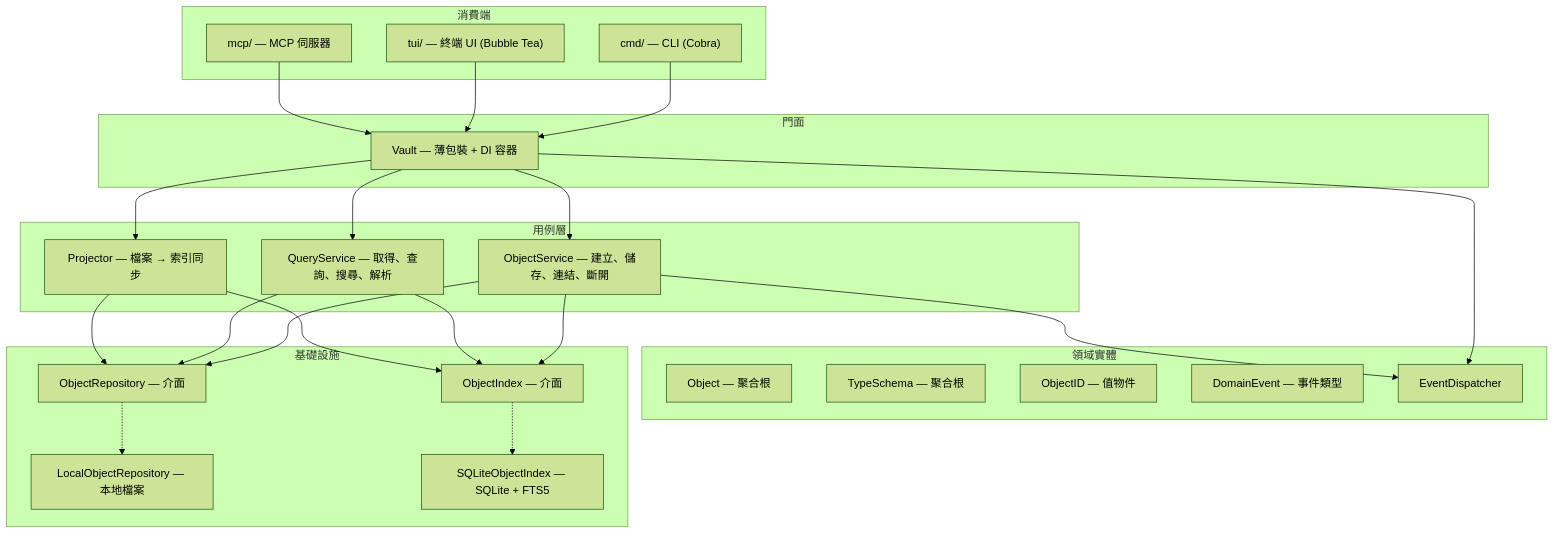
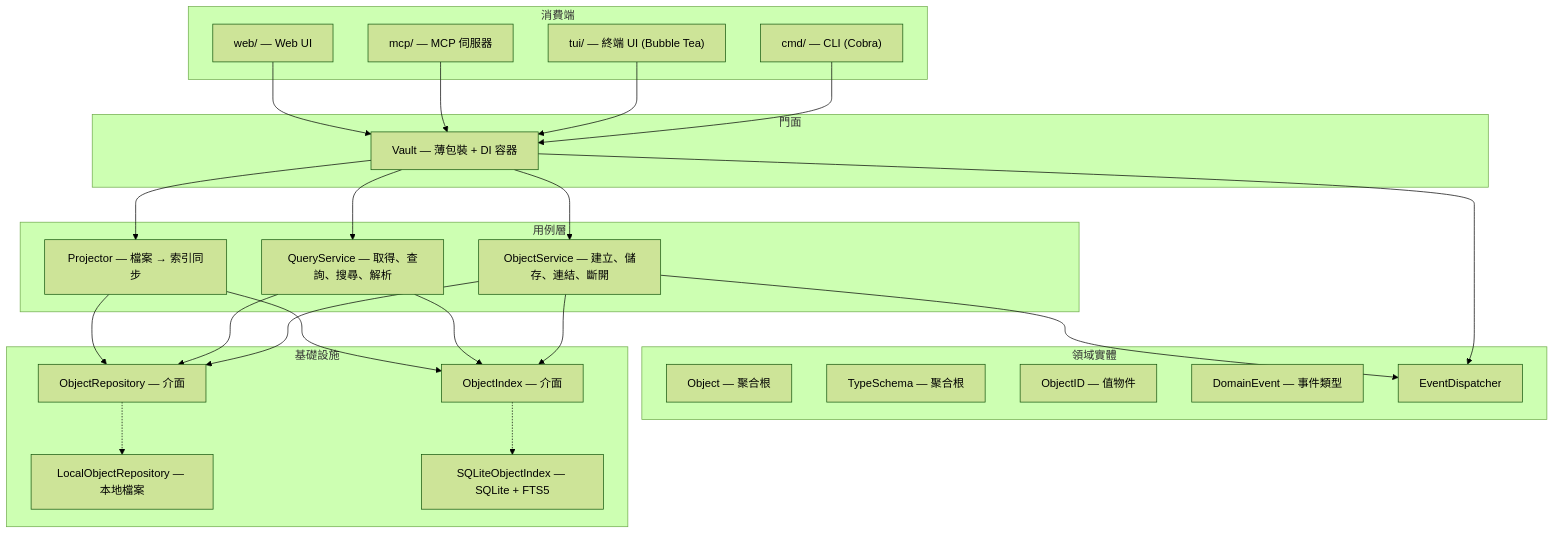
The first of 2 diagrams in websites/docs/src/content/docs/zh-tw/developers/architecture.md (typemd/typemd), drawn with Mermaid (forest theme) before and after one commit. The commit also changed 21 other files, not shown here.

````diff
--- a/websites/docs/src/content/docs/zh-tw/developers/architecture.md
+++ b/websites/docs/src/content/docs/zh-tw/developers/architecture.md
@@ -14,50 +14,52 @@
 ```mermaid
 graph TB
     subgraph 消費端
         CMD["cmd/ — CLI (Cobra)"]
         TUI["tui/ — 終端 UI (Bubble Tea)"]
         MCP["mcp/ — MCP 伺服器"]
+        WEB["web/ — Web UI"]
     end
 
     subgraph 門面
         V["Vault — 薄包裝 + DI 容器"]
     end
 
     subgraph 用例層
         OS["ObjectService — 建立、儲存、連結、斷開"]
         QS["QueryService — 取得、查詢、搜尋、解析"]
         PJ["Projector — 檔案 → 索引同步"]
     end
 
     subgraph 領域實體
         OBJ["Object — 聚合根"]
         TS["TypeSchema — 聚合根"]
         OID["ObjectID — 值物件"]
         EVT["DomainEvent — 事件類型"]
         ED["EventDispatcher"]
     end
 
     subgraph 基礎設施
         REPO["ObjectRepository — 介面"]
         IDX["ObjectIndex — 介面"]
         LR["LocalObjectRepository — 本地檔案"]
         SI["SQLiteObjectIndex — SQLite + FTS5"]
     end
 
     CMD --> V
     TUI --> V
     MCP --> V
+    WEB --> V
     V --> OS
     V --> QS
     V --> PJ
     V --> ED
     OS --> REPO
     OS --> IDX
     OS --> ED
     QS --> REPO
     QS --> IDX
     PJ --> REPO
     PJ --> IDX
     REPO -.-> LR
     IDX -.-> SI
 ```
````
